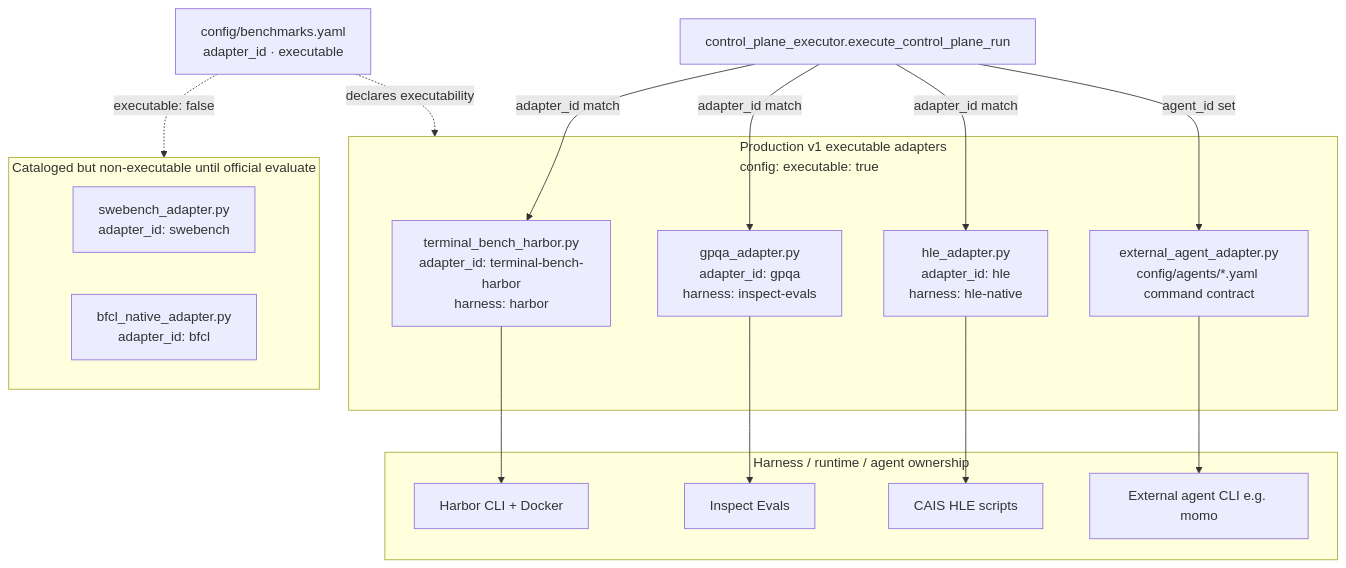
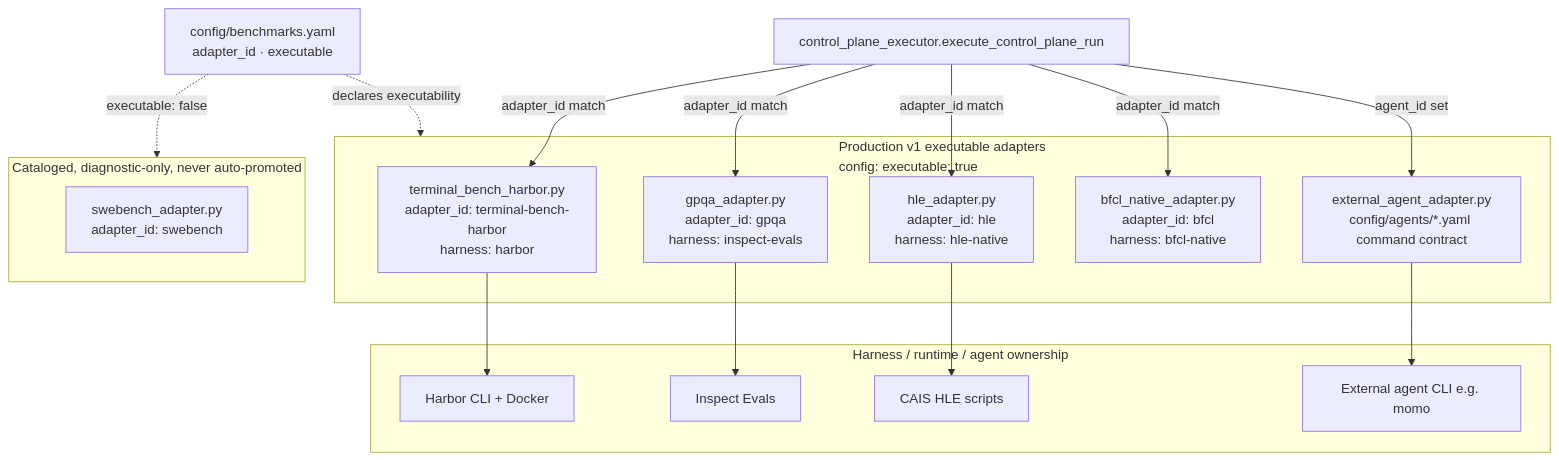
The diagram in docs/diagrams/adapters-components.md (Lyther/BenchEval), drawn with Mermaid before and after one commit. The commit also changed other lines of this file and 64 other files, not shown here.

````diff
--- a/docs/diagrams/adapters-components.md
+++ b/docs/diagrams/adapters-components.md
@@ -5,34 +5,34 @@
 ```mermaid
 flowchart TB
     CPE["control_plane_executor.execute_control_plane_run"]
 
     subgraph ProdV1["Production v1 executable adapters<br/>config: executable: true"]
         TB["terminal_bench_harbor.py<br/>adapter_id: terminal-bench-harbor<br/>harness: harbor"]
         GPQA["gpqa_adapter.py<br/>adapter_id: gpqa<br/>harness: inspect-evals"]
         HLE["hle_adapter.py<br/>adapter_id: hle<br/>harness: hle-native"]
+        BFCL["bfcl_native_adapter.py<br/>adapter_id: bfcl<br/>harness: bfcl-native"]
         Agent["external_agent_adapter.py<br/>config/agents/*.yaml command contract"]
     end
 
-    subgraph Demoted["Cataloged but non-executable until official evaluate"]
+    subgraph Demoted["Cataloged, diagnostic-only, never auto-promoted"]
         SWE["swebench_adapter.py<br/>adapter_id: swebench"]
-        BFCL["bfcl_native_adapter.py<br/>adapter_id: bfcl"]
     end
 
     subgraph Outside["Harness / runtime / agent ownership"]
         HCLI["Harbor CLI + Docker"]
         Inspect["Inspect Evals"]
         HLEH["CAIS HLE scripts"]
         ExtAgent["External agent CLI e.g. momo"]
     end
 
-    CPE -->|adapter_id match| TB & GPQA & HLE
+    CPE -->|adapter_id match| TB & GPQA & HLE & BFCL
     CPE -->|agent_id set| Agent
     TB --> HCLI
     GPQA --> Inspect
     HLE --> HLEH
     Agent --> ExtAgent
 
     Cat["config/benchmarks.yaml<br/>adapter_id · executable"]
     Cat -.->|declares executability| ProdV1
     Cat -.->|executable: false| Demoted
 ```
````
